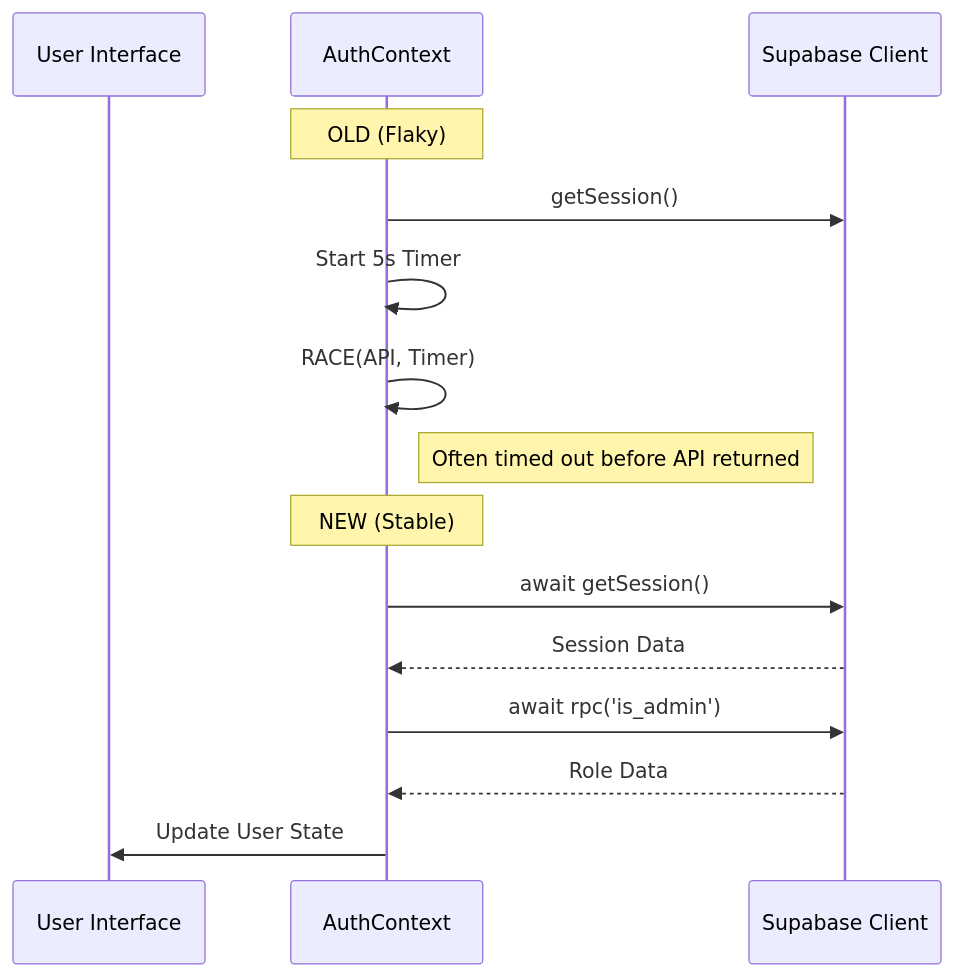
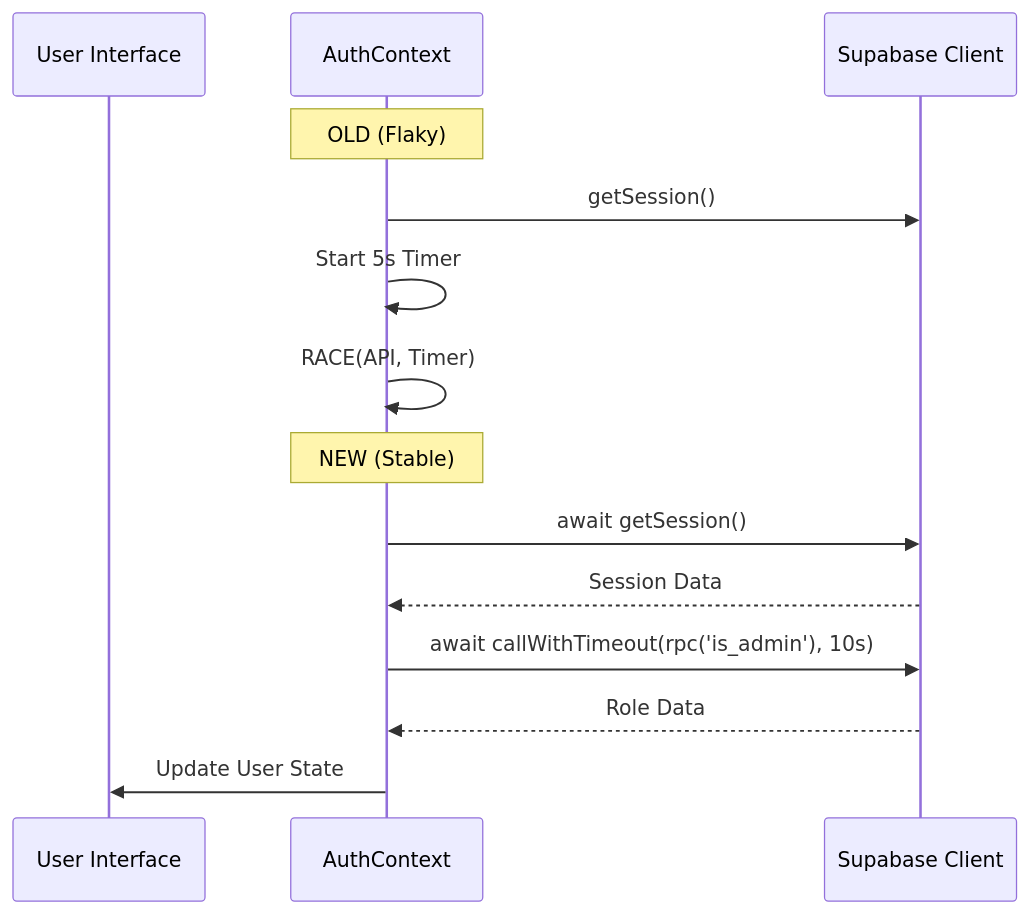
One commit to JoelA510/PlanterPlan-Alpha changed the diagram in PR_DESCRIPTION_DRAFT.md. Above: the diagram before and after it, drawn with Mermaid. The commit also changed other lines of this file and 1 other file, not shown here.

````diff
--- a/PR_DESCRIPTION_DRAFT.md
+++ b/PR_DESCRIPTION_DRAFT.md
@@ -27,19 +27,18 @@
 ```mermaid
 sequenceDiagram
     participant UI as User Interface
     participant Auth as AuthContext
     participant API as Supabase Client
 
     Note over Auth: OLD (Flaky)
     Auth->>API: getSession()
     Auth->>Auth: Start 5s Timer
     Auth->>Auth: RACE(API, Timer)
-    Note right of Auth: Often timed out before API returned
 
     Note over Auth: NEW (Stable)
     Auth->>API: await getSession()
     API-->>Auth: Session Data
-    Auth->>API: await rpc('is_admin')
+    Auth->>API: await callWithTimeout(rpc('is_admin'), 10s)
     API-->>Auth: Role Data
     Auth->>UI: Update User State
 ```
````
